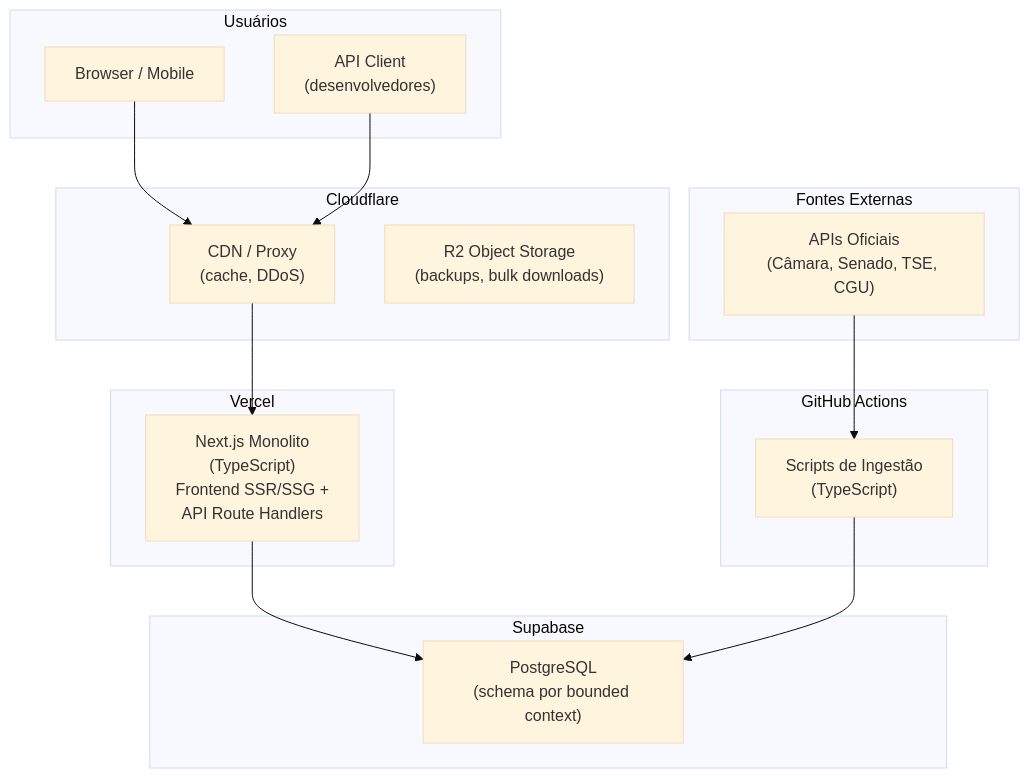
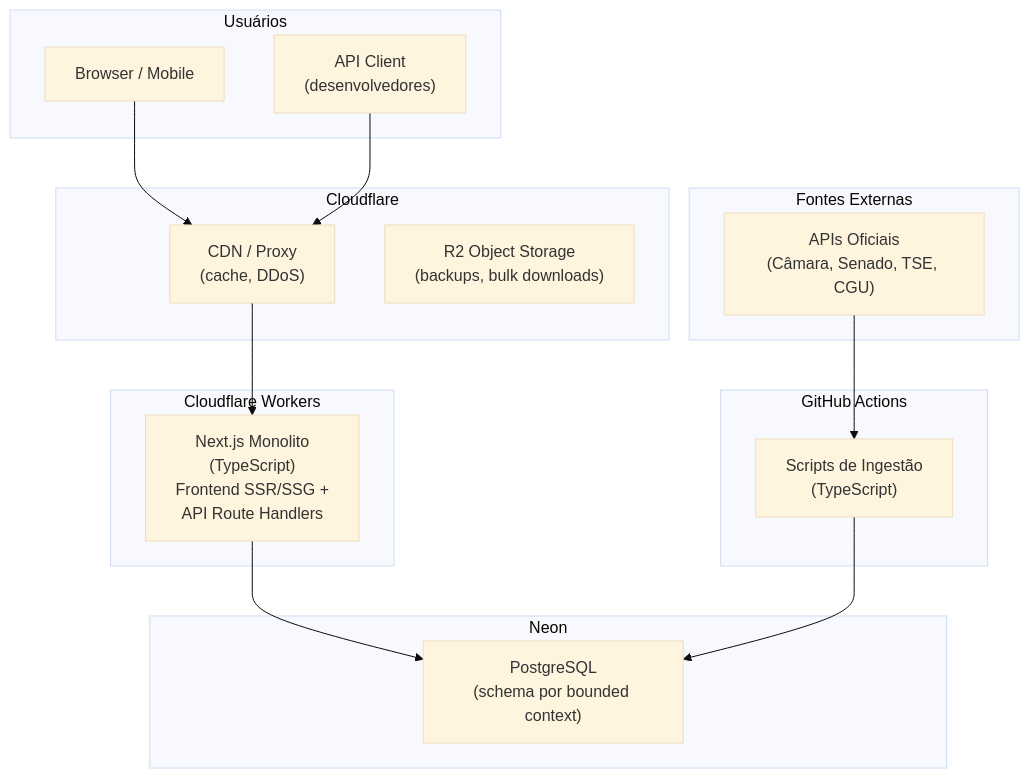
The second of 5 diagrams in docs/architecture/C4-DIAGRAMS.md (FabioCaffarello/brasil-a-vera), drawn with Mermaid (base theme) before and after one commit. The commit also changed other lines of this file and 13 other files, not shown here.

First line of the commit message:
docs: sanitizar refs a Supabase/Vercel, atualizar PRODUCT-VISION e ajustar refs cruzadas

````diff
--- a/docs/architecture/C4-DIAGRAMS.md
+++ b/docs/architecture/C4-DIAGRAMS.md
@@ -65,35 +65,35 @@
 ```mermaid
 graph TB
     subgraph "Usuários"
         BROWSER["Browser / Mobile"]
         API_CLIENT["API Client<br/>(desenvolvedores)"]
     end
 
-    subgraph "Vercel"
+    subgraph "Cloudflare Workers"
         NEXT["Next.js Monolito<br/>(TypeScript)<br/>Frontend SSR/SSG +<br/>API Route Handlers"]
     end
 
-    subgraph "Supabase"
+    subgraph "Neon"
         PG["PostgreSQL<br/>(schema por bounded context)"]
     end
 
     subgraph "GitHub Actions"
         ING["Scripts de Ingestão<br/>(TypeScript)"]
     end
 
     subgraph "Cloudflare"
         CF["CDN / Proxy<br/>(cache, DDoS)"]
         R2["R2 Object Storage<br/>(backups, bulk downloads)"]
     end
 
     subgraph "Fontes Externas"
         EXT["APIs Oficiais<br/>(Câmara, Senado, TSE, CGU)"]
     end
 
     BROWSER --> CF
     API_CLIENT --> CF
     CF --> NEXT
     NEXT --> PG
     ING --> PG
     EXT --> ING
 ```
````
